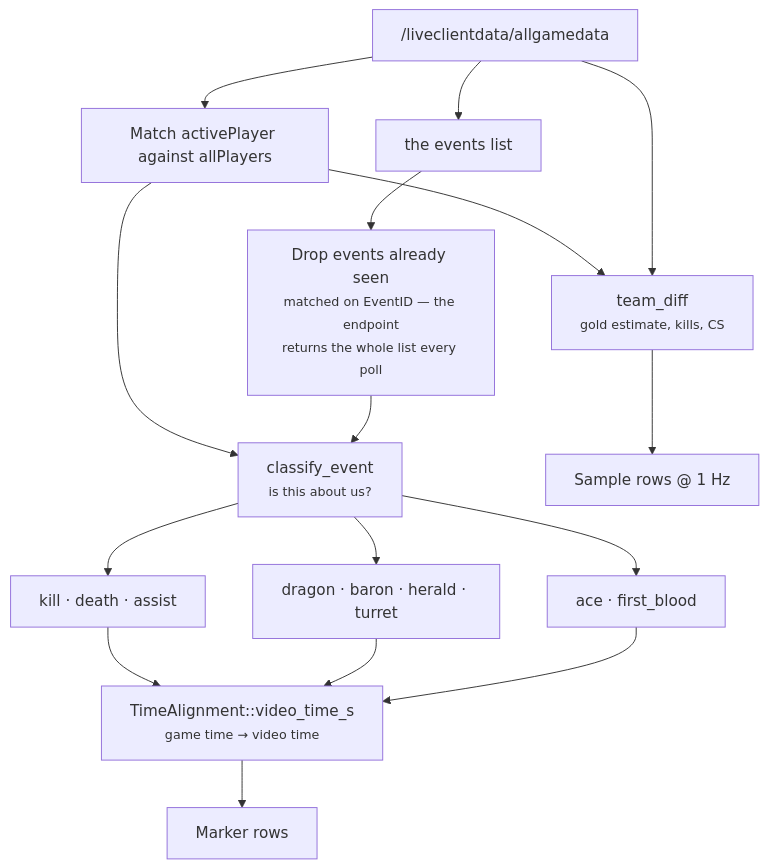
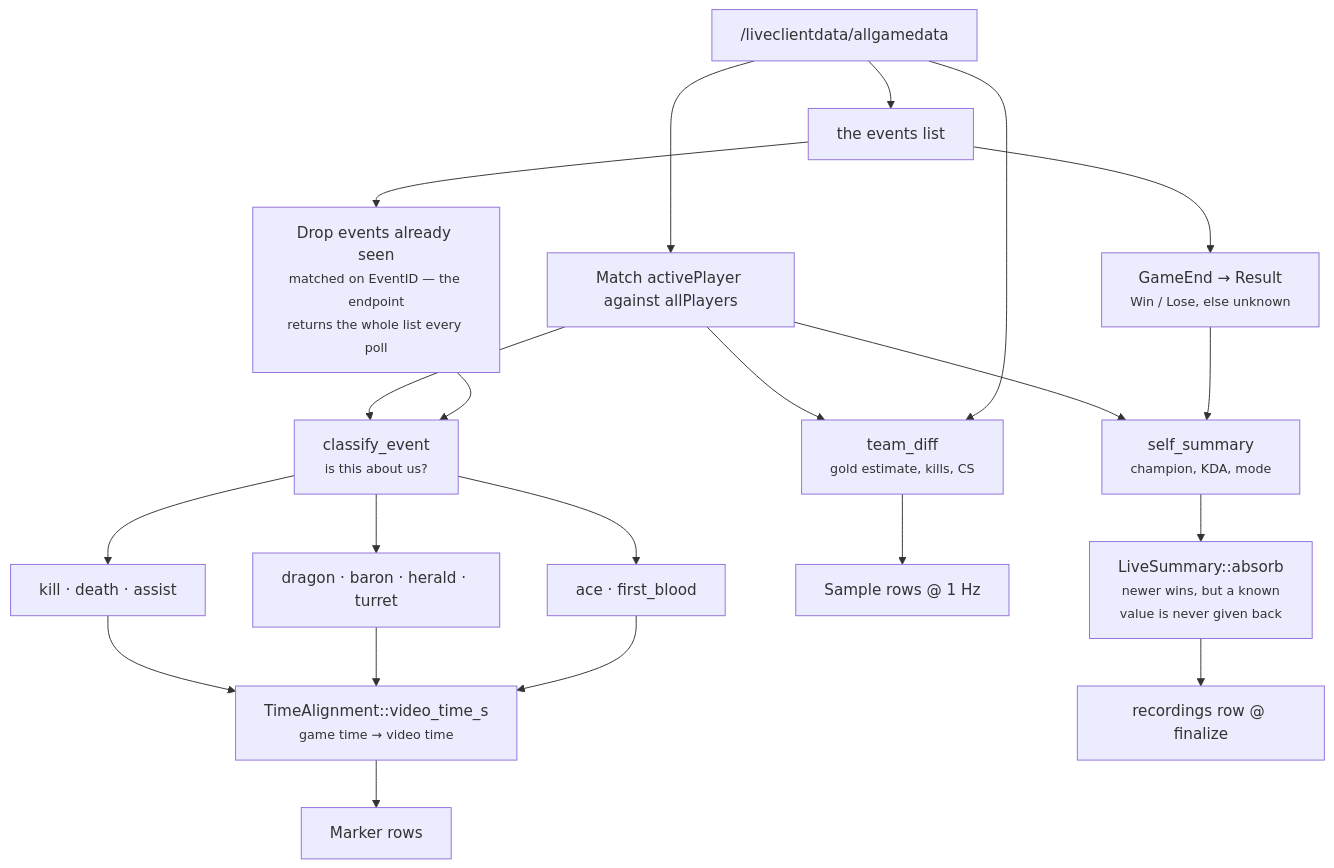
One commit to NinjaGoldfinch/ninja-recorder changed the third of 5 diagrams in docs/recording-pipeline.md. Above: the diagram before and after it, drawn with Mermaid. The commit also changed other lines of this file and 15 other files, not shown here.

````diff
--- a/docs/recording-pipeline.md
+++ b/docs/recording-pipeline.md
@@ -129,18 +130,23 @@
 ```mermaid
 flowchart TB
     SNAP["/liveclientdata/allgamedata"] --> ID["Match activePlayer against allPlayers"]
     SNAP --> EV["the events list"]
     ID --> CL
     EV --> DEDUP["Drop events already seen<br/><small>matched on EventID — the endpoint<br/>returns the whole list every poll</small>"]
     DEDUP --> CL["classify_event<br/><small>is this about us?</small>"]
     CL --> K["kill · death · assist"]
     CL --> O["dragon · baron · herald · turret"]
     CL --> M["ace · first_blood"]
     K --> AL
     O --> AL
     M --> AL
     AL["TimeAlignment::video_time_s<br/><small>game time → video time</small>"] --> MK["Marker rows"]
     ID --> TD["team_diff<br/><small>gold estimate, kills, CS</small>"]
     SNAP --> TD
     TD --> SM["Sample rows @ 1 Hz"]
+    ID --> SS["self_summary<br/><small>champion, KDA, mode</small>"]
+    EV --> GE["GameEnd → Result<br/><small>Win / Lose, else unknown</small>"]
+    GE --> SS
+    SS --> ABS["LiveSummary::absorb<br/><small>newer wins, but a known<br/>value is never given back</small>"]
+    ABS --> ROW["recordings row @ finalize"]
 ```
````
